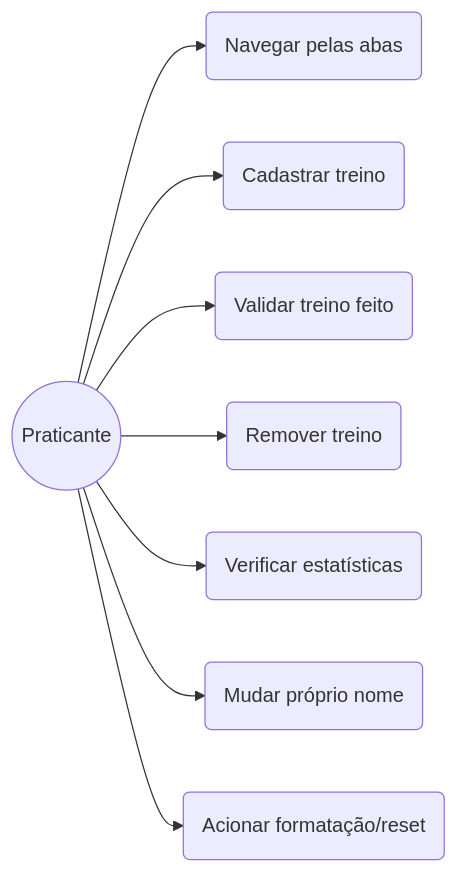
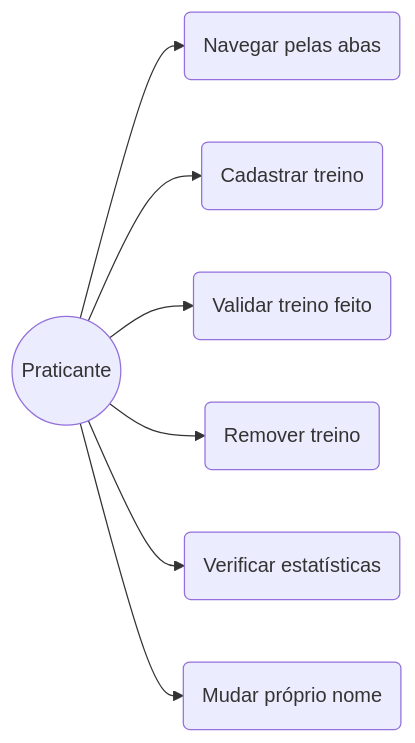
One commit to rianeduardo/fitlife changed the second of 3 diagrams in README.md. Above: the diagram before and after it, drawn with Mermaid. The commit also changed other lines of this file, not shown here.

````diff
--- a/README.md
+++ b/README.md
@@ -120,12 +207,11 @@
 ```mermaid
 flowchart LR
     Praticante((Praticante))
     
     Praticante --> UC1(Navegar pelas abas)
     Praticante --> UC2(Cadastrar treino)
     Praticante --> UC3(Validar treino feito)
     Praticante --> UC4(Remover treino)
     Praticante --> UC5(Verificar estatísticas)
     Praticante --> UC6(Mudar próprio nome)
-    Praticante --> UC7(Acionar formatação/reset)
 ```
````
